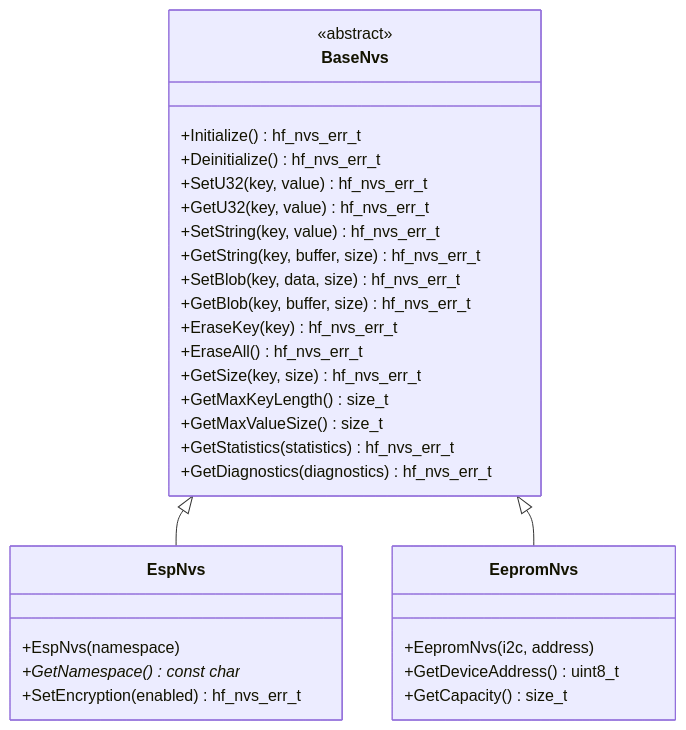
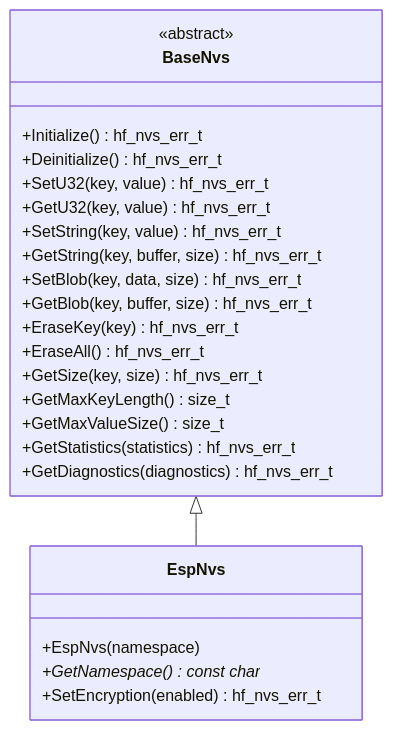
Before and after one commit to N3b3x/hf-internal-interface-wrap: the diagram in docs/api/BaseNvs.md, drawn with Mermaid. The commit also changed other lines of this file and 12 other files, not shown here.

````diff
--- a/docs/api/BaseNvs.md
+++ b/docs/api/BaseNvs.md
@@ -53,36 +50,29 @@
 ```mermaid
 classDiagram
     class BaseNvs {
         <<abstract>>
         +Initialize() hf_nvs_err_t
         +Deinitialize() hf_nvs_err_t
         +SetU32(key, value) hf_nvs_err_t
         +GetU32(key, value) hf_nvs_err_t
         +SetString(key, value) hf_nvs_err_t
         +GetString(key, buffer, size) hf_nvs_err_t
         +SetBlob(key, data, size) hf_nvs_err_t
         +GetBlob(key, buffer, size) hf_nvs_err_t
         +EraseKey(key) hf_nvs_err_t
         +EraseAll() hf_nvs_err_t
         +GetSize(key, size) hf_nvs_err_t
         +GetMaxKeyLength() size_t
         +GetMaxValueSize() size_t
         +GetStatistics(statistics) hf_nvs_err_t
         +GetDiagnostics(diagnostics) hf_nvs_err_t
     }
     
     class EspNvs {
         +EspNvs(namespace)
         +GetNamespace() const char*
         +SetEncryption(enabled) hf_nvs_err_t
     }
     
-    class EepromNvs {
-        +EepromNvs(i2c, address)
-        +GetDeviceAddress() uint8_t
-        +GetCapacity() size_t
-    }
-    
     BaseNvs <|-- EspNvs
-    BaseNvs <|-- EepromNvs
 ```
````
